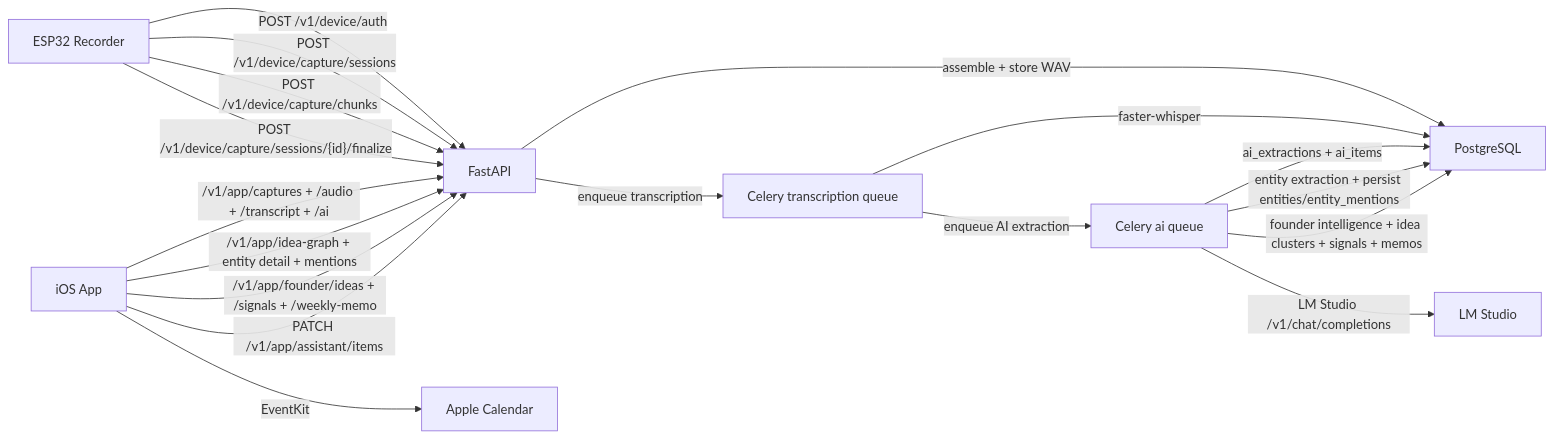
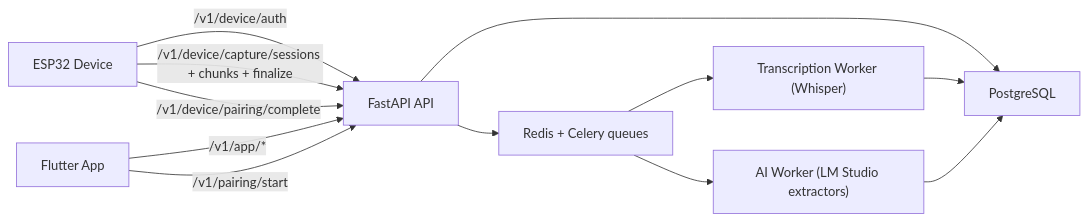
One commit to YaduEnc/CortX changed the first of 2 diagrams in README.md. Above: the diagram before and after it, drawn with Mermaid. The commit also changed other lines of this file, not shown here.

Commit message:
docs: expand README with end-to-end architecture and feature map

````diff
--- a/README.md
+++ b/README.md
@@ -119,20 +40,16 @@
 ```mermaid
 flowchart LR
-  A["ESP32 Recorder"] -->|"POST /v1/device/auth"| B["FastAPI"]
-  A -->|"POST /v1/device/capture/sessions"| B
-  A -->|"POST /v1/device/capture/chunks"| B
-  A -->|"POST /v1/device/capture/sessions/{id}/finalize"| B
-  B -->|"assemble + store WAV"| C["PostgreSQL"]
-  B -->|"enqueue transcription"| D["Celery transcription queue"]
-  D -->|"faster-whisper"| C
-  D -->|"enqueue AI extraction"| E["Celery ai queue"]
-  E -->|"LM Studio /v1/chat/completions"| F["LM Studio"]
-  E -->|"ai_extractions + ai_items"| C
-  E -->|"entity extraction + persist entities/entity_mentions"| C
-  E -->|"founder intelligence + idea clusters + signals + memos"| C
-  G["iOS App"] -->|"/v1/app/captures + /audio + /transcript + /ai"| B
-  G -->|"/v1/app/idea-graph + entity detail + mentions"| B
-  G -->|"/v1/app/founder/ideas + /signals + /weekly-memo"| B
-  G -->|"PATCH /v1/app/assistant/items"| B
-  G -->|"EventKit"| H["Apple Calendar"]
+  E["ESP32 Device"] -->|"/v1/device/auth"| API["FastAPI API"]
+  E -->|"/v1/device/capture/sessions + chunks + finalize"| API
+  P["Flutter App"] -->|"/v1/app/*"| API
+  P -->|"/v1/pairing/start"| API
+  E -->|"/v1/device/pairing/complete"| API
+
+  API --> PG["PostgreSQL"]
+  API --> RQ["Redis + Celery queues"]
+
+  RQ --> TW["Transcription Worker (Whisper)"]
+  TW --> PG
+  RQ --> AIW["AI Worker (LM Studio extractors)"]
+  AIW --> PG
 ```
````
